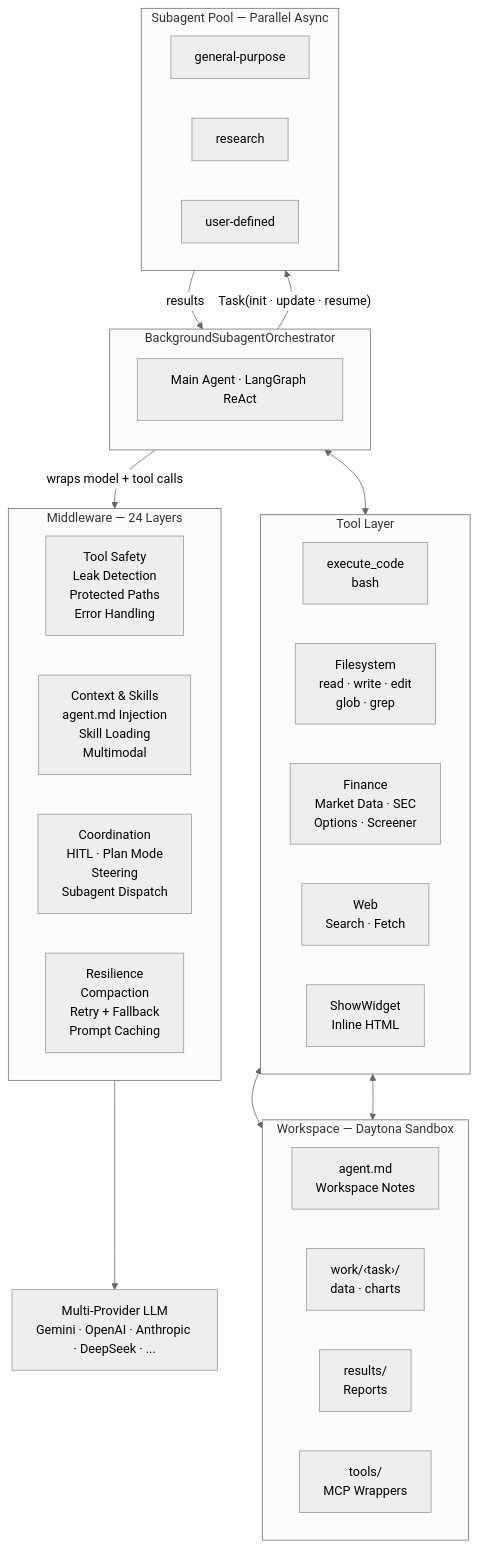
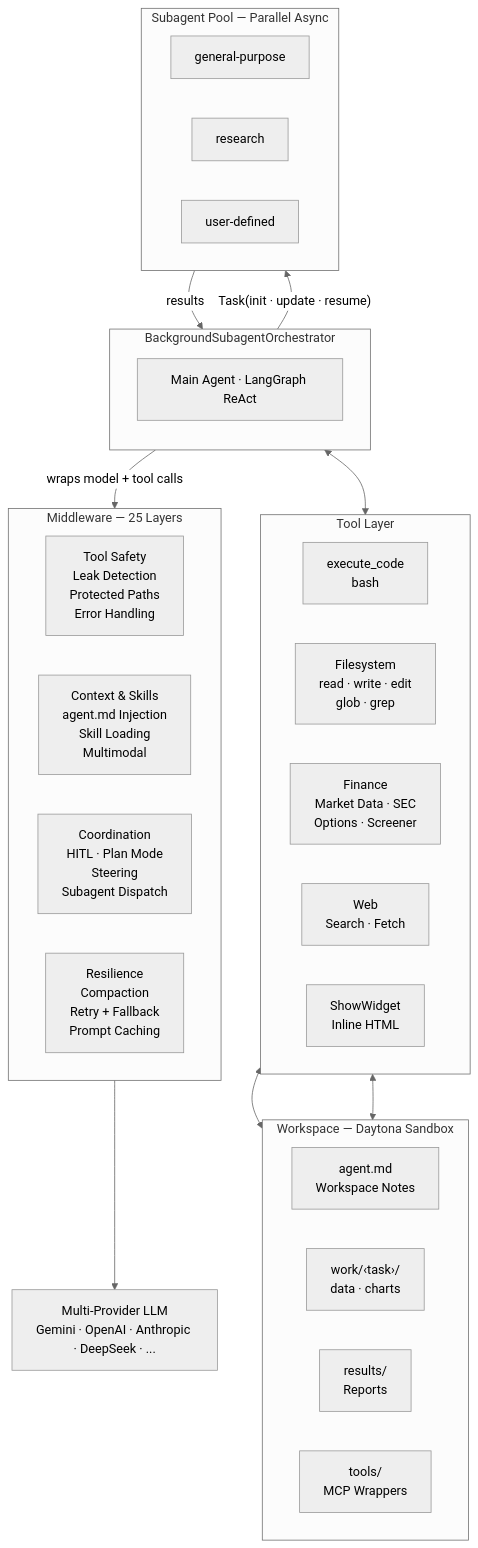
One commit to raymond1203/LangAlpha-KR changed the third of 3 diagrams in README.md. Above: the diagram before and after it, drawn with Mermaid. The commit also changed other lines of this file and 62 other files, not shown here.

````diff
--- a/README.md
+++ b/README.md
@@ -253,52 +253,52 @@
 ```mermaid
 %%{init: {'theme': 'neutral'}}%%
 
 flowchart TB
     subgraph Orchestrator ["BackgroundSubagentOrchestrator"]
         direction TB
         Agent["Main Agent · LangGraph ReAct"]
     end
 
     Agent -- "Task(init · update · resume)" --> SubPool
     SubPool -- "results" --> Orchestrator
 
     subgraph SubPool ["Subagent Pool — Parallel Async"]
         direction LR
         S1["general-purpose"]
         S2["research"]
         S3["user-defined"]
     end
 
-    subgraph Middleware ["Middleware — 24 Layers"]
+    subgraph Middleware ["Middleware — 25 Layers"]
         direction LR
         MW1["Tool Safety<br/>Leak Detection<br/>Protected Paths<br/>Error Handling"]
         MW2["Context & Skills<br/>agent.md Injection<br/>Skill Loading<br/>Multimodal"]
         MW3["Coordination<br/>HITL · Plan Mode<br/>Steering<br/>Subagent Dispatch"]
         MW4["Resilience<br/>Compaction<br/>Retry + Fallback<br/>Prompt Caching"]
     end
 
     Agent -- "wraps model + tool calls" --> Middleware
     Middleware --> LLM["Multi-Provider LLM<br/>Gemini · OpenAI · Anthropic · DeepSeek · ..."]
 
     Agent <--> Tools
 
     subgraph Tools ["Tool Layer"]
         direction LR
         T1["execute_code<br/>bash"]
         T2["Filesystem<br/>read · write · edit<br/>glob · grep"]
         T3["Finance<br/>Market Data · SEC<br/>Options · Screener"]
         T4["Web<br/>Search · Fetch"]
         T5["ShowWidget<br/>Inline HTML"]
     end
 
     T1 <--> Workspace
     T2 <--> Workspace
 
     subgraph Workspace ["Workspace — Daytona Sandbox"]
         direction LR
         W1["agent.md<br/>Workspace Notes"]
         W2["work/‹task›/<br/>data · charts"]
         W3["results/<br/>Reports"]
         W4["tools/<br/>MCP Wrappers"]
     end
 ```
````
